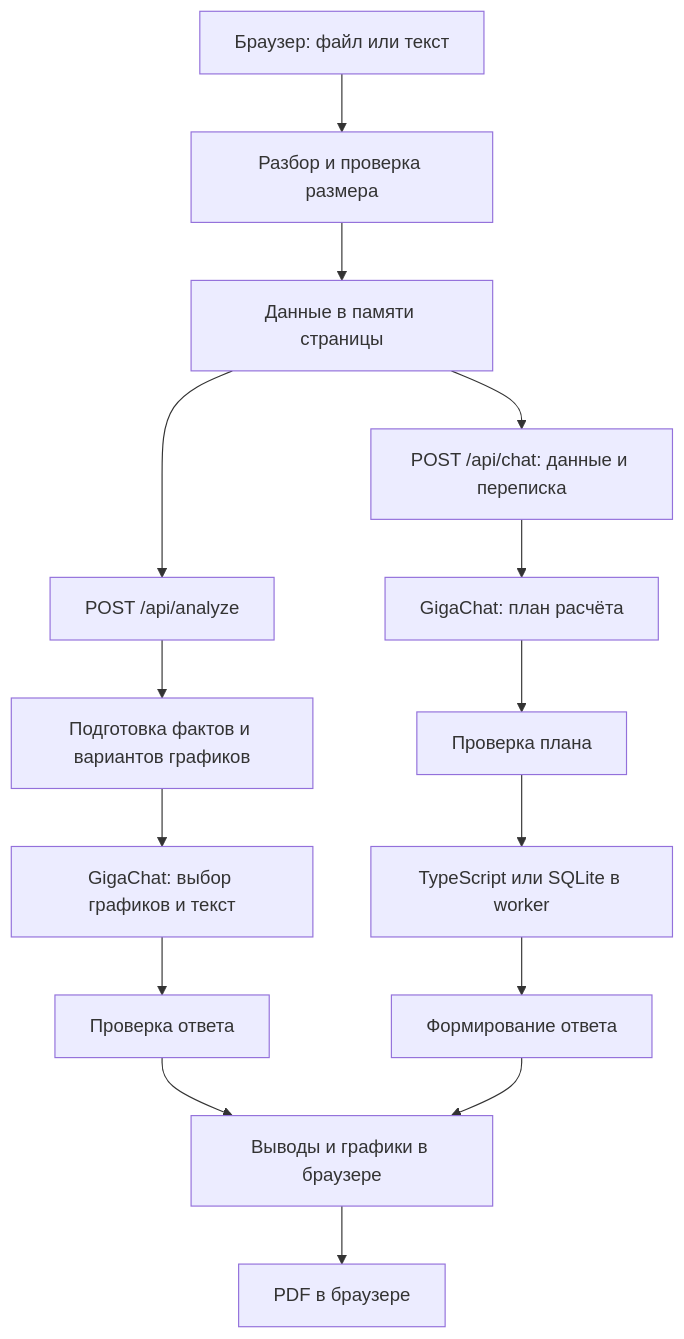
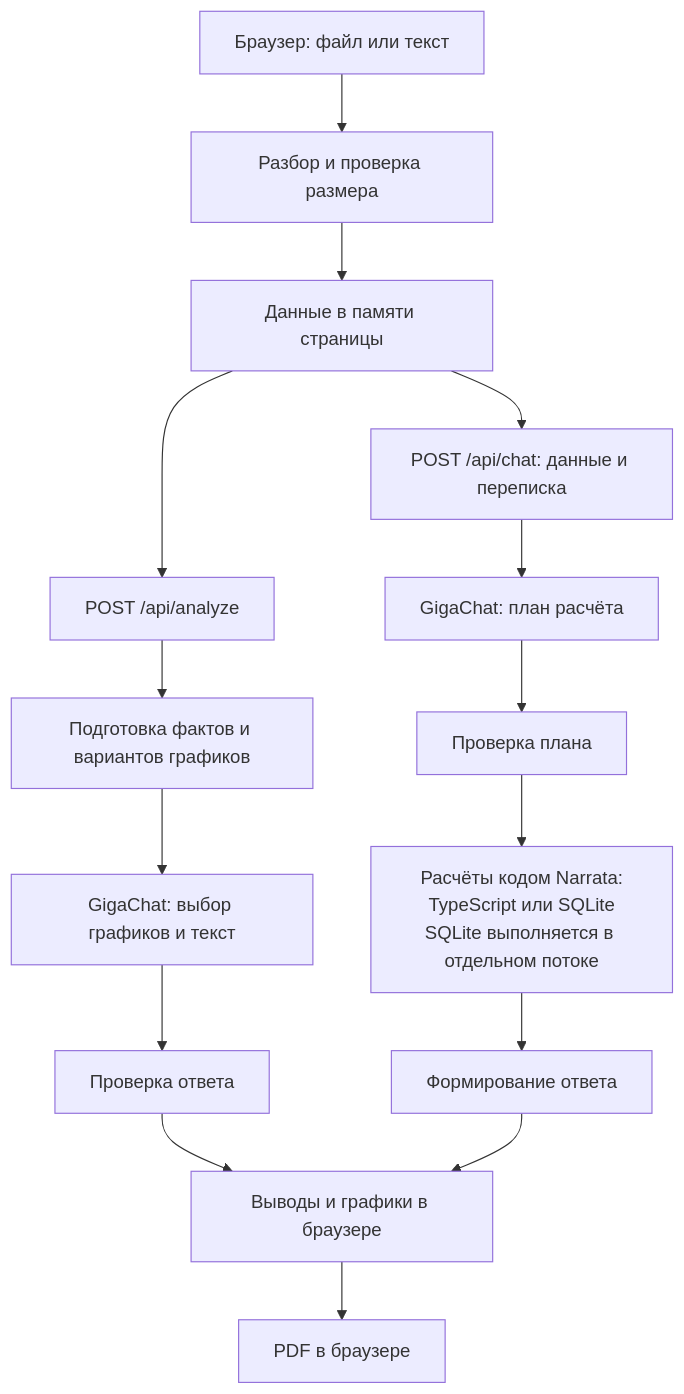
Before and after one commit to na-mramornom-nizu/narrata: the diagram in docs/ARCHITECTURE.md, drawn with Mermaid. The commit also changed other lines of this file, not shown here.

Commit message:
Explain calculation worker in plain language on architecture diagram

````diff
--- a/docs/ARCHITECTURE.md
+++ b/docs/ARCHITECTURE.md
@@ -5,17 +5,17 @@
 ```mermaid
 flowchart TD
     Browser[Браузер: файл или текст] --> Parse[Разбор и проверка размера]
     Parse --> State[Данные в памяти страницы]
     State --> Analyze[POST /api/analyze]
     State --> Chat[POST /api/chat: данные и переписка]
     Analyze --> Facts[Подготовка фактов и вариантов графиков]
     Facts --> AI[GigaChat: выбор графиков и текст]
     AI --> Check[Проверка ответа]
     Check --> Dashboard[Выводы и графики в браузере]
     Chat --> Plan[GigaChat: план расчёта]
     Plan --> Validate[Проверка плана]
-    Validate --> Compute[TypeScript или SQLite в worker]
+    Validate --> Compute["Расчёты кодом Narrata:<br/>TypeScript или SQLite<br/>SQLite выполняется в отдельном потоке"]
     Compute --> Answer[Формирование ответа]
     Answer --> Dashboard
     Dashboard --> PDF[PDF в браузере]
 ```
````
